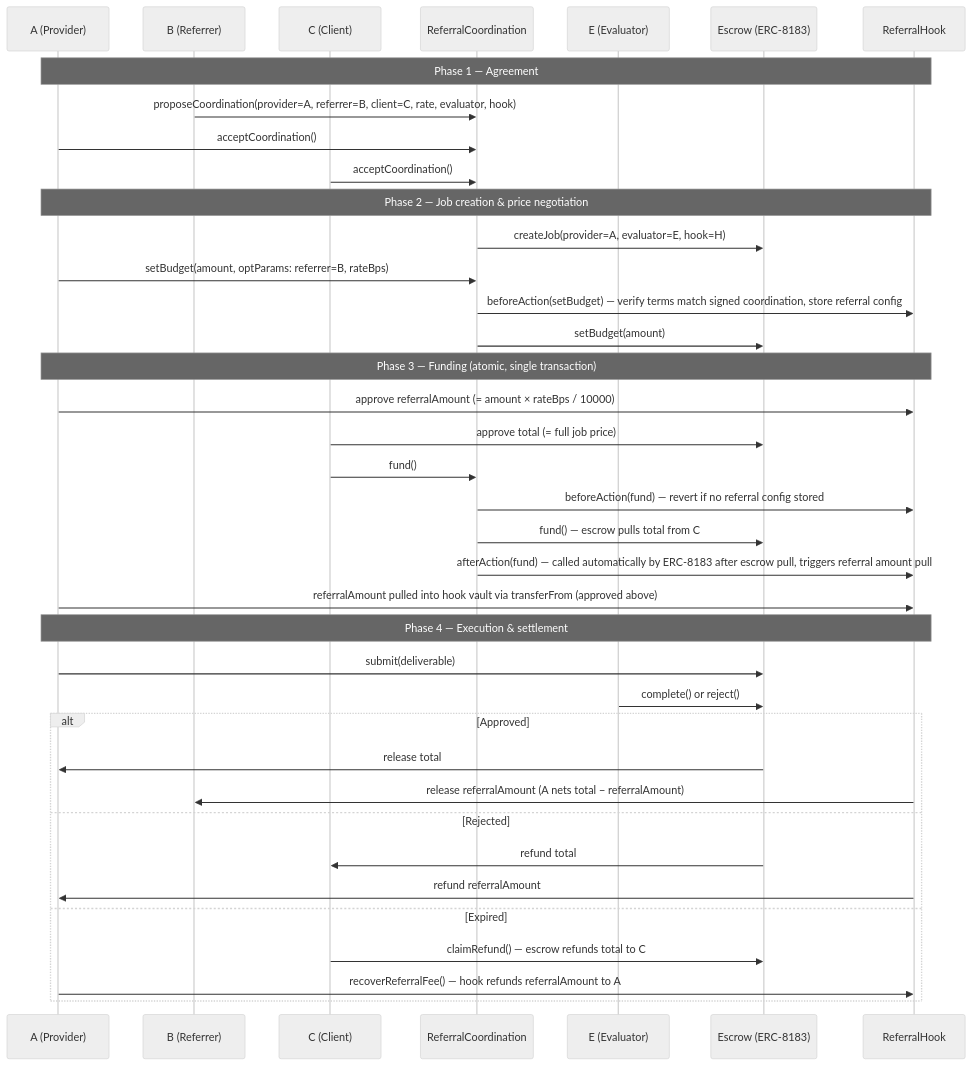
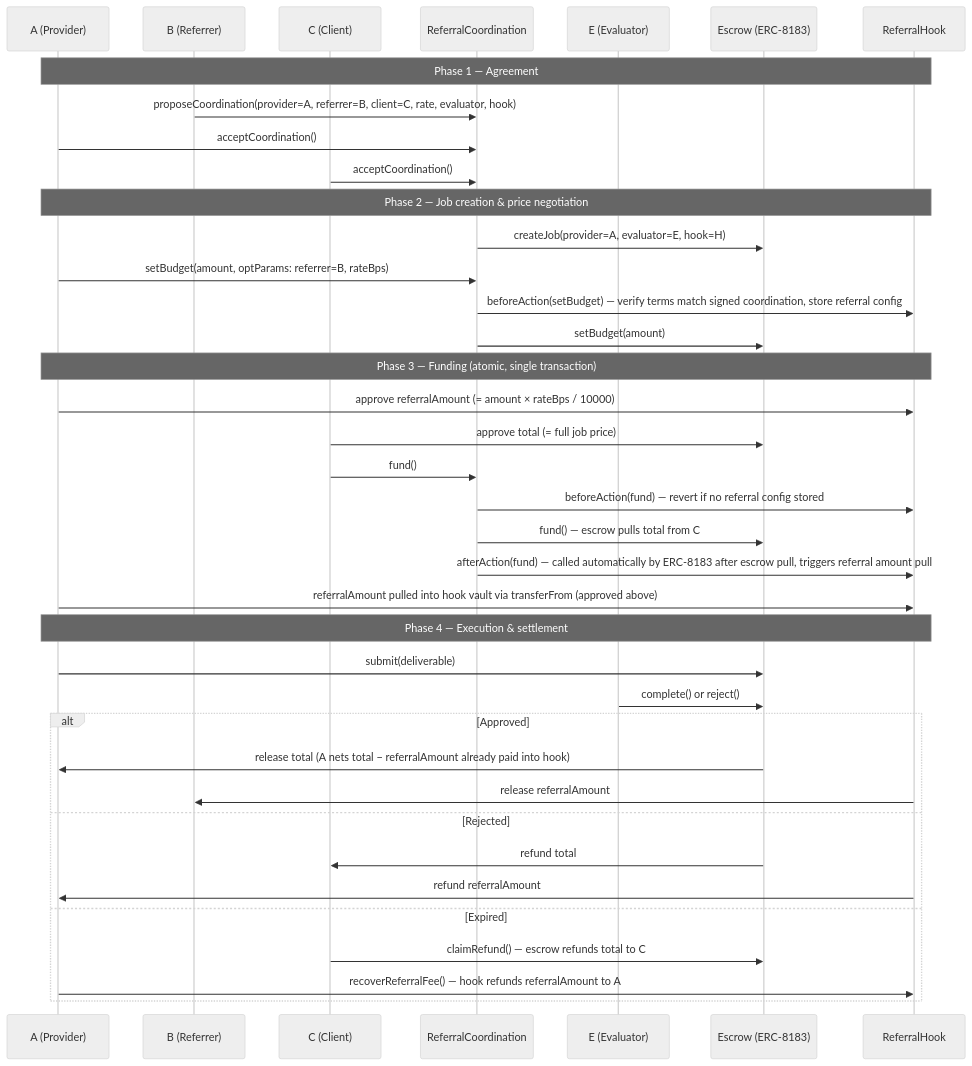
One commit to luca-nik/a2a-referral-erc changed the diagram in README.md. Above: the diagram before and after it, drawn with Mermaid (neutral theme). The commit also changed other lines of this file, not shown here.

Commit message:
Fix walkthrough and diagram: price negotiated after signing, not before

````diff
--- a/README.md
+++ b/README.md
@@ -57,49 +57,49 @@
 ```mermaid
 sequenceDiagram
     participant A as A (Provider)
     participant B as B (Referrer)
     participant C as C (Client)
     participant RC as ReferralCoordination
     participant E as E (Evaluator)
     participant ESC as Escrow (ERC-8183)
     participant H as ReferralHook
 
     note over A,H: Phase 1 — Agreement
 
     B->>RC: proposeCoordination(provider=A, referrer=B, client=C, rate, evaluator, hook)
     A->>RC: acceptCoordination()
     C->>RC: acceptCoordination()
 
     note over A,H: Phase 2 — Job creation & price negotiation
 
     RC->>ESC: createJob(provider=A, evaluator=E, hook=H)
     A->>RC: setBudget(amount, optParams: referrer=B, rateBps)
     RC->>H: beforeAction(setBudget) — verify terms match signed coordination, store referral config
     RC->>ESC: setBudget(amount)
 
     note over A,H: Phase 3 — Funding (atomic, single transaction)
 
     A->>H: approve referralAmount (= amount × rateBps / 10000)
     C->>ESC: approve total (= full job price)
     C->>RC: fund()
     RC->>H: beforeAction(fund) — revert if no referral config stored
     RC->>ESC: fund() — escrow pulls total from C
     RC->>H: afterAction(fund) — called automatically by ERC-8183 after escrow pull, triggers referral amount pull
     A->>H: referralAmount pulled into hook vault via transferFrom (approved above)
 
     note over A,H: Phase 4 — Execution & settlement
 
     A->>ESC: submit(deliverable)
     E->>ESC: complete() or reject()
 
     alt Approved
-        ESC->>A: release total
-        H->>B: release referralAmount (A nets total − referralAmount)
+        ESC->>A: release total (A nets total − referralAmount already paid into hook)
+        H->>B: release referralAmount
     else Rejected
         ESC->>C: refund total
         H->>A: refund referralAmount
     else Expired
         C->>ESC: claimRefund() — escrow refunds total to C
         A->>H: recoverReferralFee() — hook refunds referralAmount to A
     end
 ```
````
